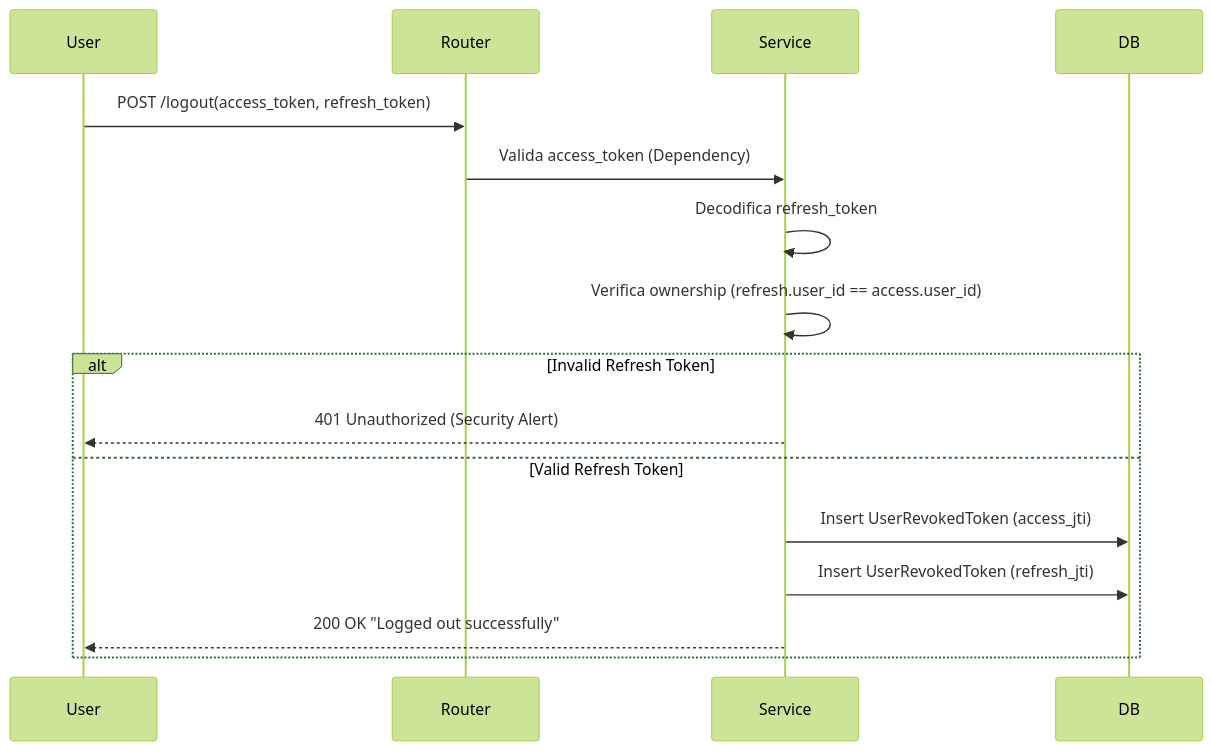
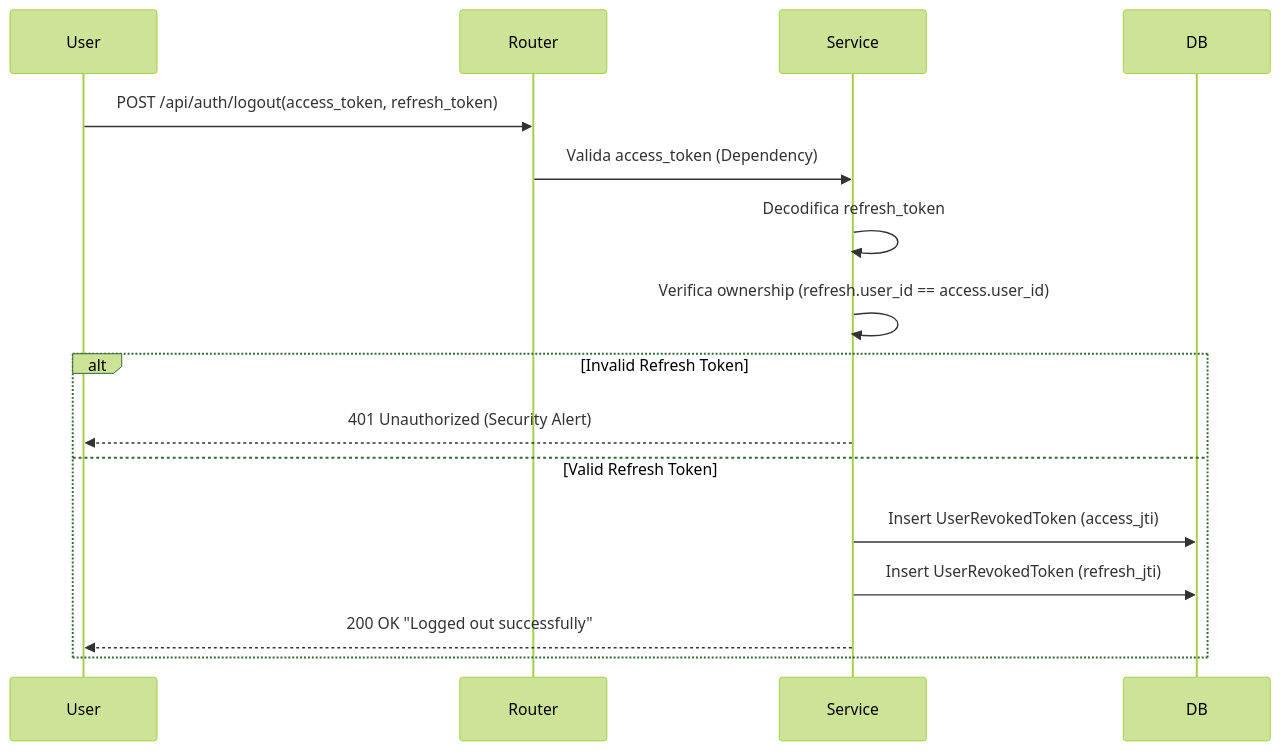
One commit to henrytaby/uyuni-backend-py changed the third of 3 diagrams in docs/AUTHENTICATION_GUIDE.md. Above: the diagram before and after it, drawn with Mermaid (forest theme). The commit also changed other lines of this file and 13 other files, not shown here.

````diff
--- a/docs/AUTHENTICATION_GUIDE.md
+++ b/docs/AUTHENTICATION_GUIDE.md
@@ -129,19 +129,19 @@
 ```mermaid
 sequenceDiagram
     participant User
     participant Router
     participant Service
     participant DB
     
-    User->>Router: POST /logout(access_token, refresh_token)
+    User->>Router: POST /api/auth/logout(access_token, refresh_token)
     Router->>Service: Valida access_token (Dependency)
     Service->>Service: Decodifica refresh_token
     Service->>Service: Verifica ownership (refresh.user_id == access.user_id)
     alt Invalid Refresh Token
         Service-->>User: 401 Unauthorized (Security Alert)
     else Valid Refresh Token
         Service->>DB: Insert UserRevokedToken (access_jti)
         Service->>DB: Insert UserRevokedToken (refresh_jti)
         Service-->>User: 200 OK "Logged out successfully"
     end
 ```
````
